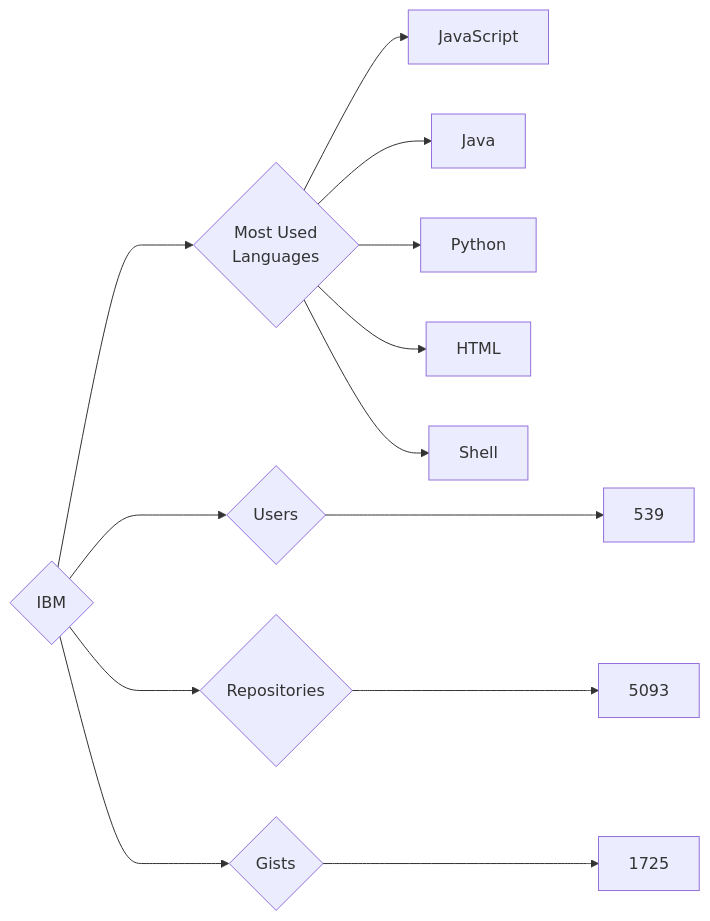
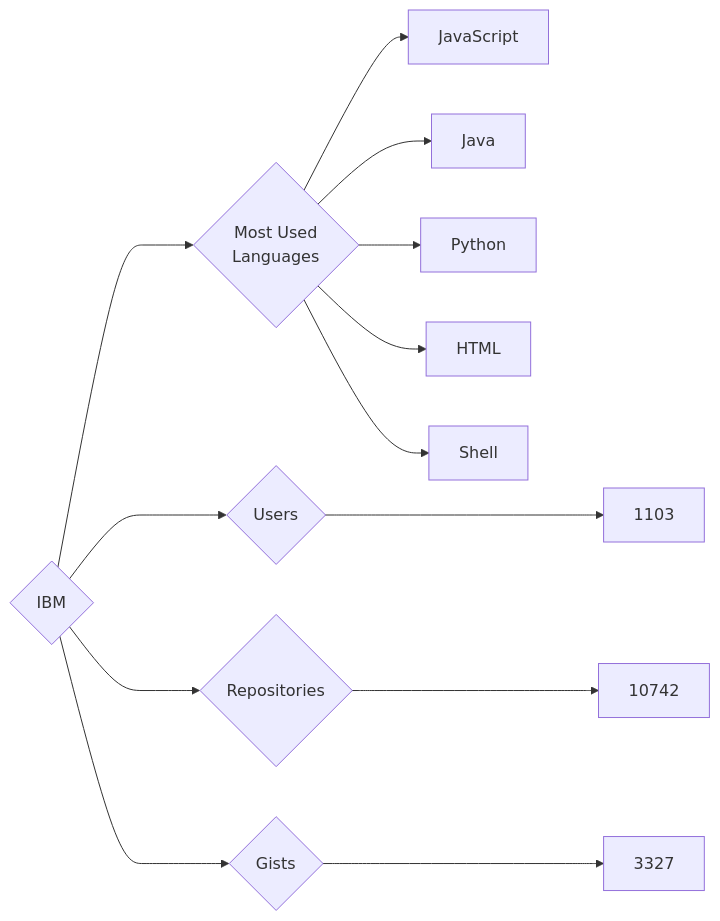
The diagram in targets/IBM/README.md (trickest/insiders), drawn with Mermaid before and after one commit. The commit also changed 610 other files, not shown here.

````diff
--- a/targets/IBM/README.md
+++ b/targets/IBM/README.md
@@ -3,13 +3,13 @@
 ```mermaid
 graph LR
 COMPANY_NAME{IBM}
-COMPANY_NAME ---> U{Users} ---> UN[539]
-COMPANY_NAME ---> R{Repositories} ---> RN[5093]
-COMPANY_NAME ---> G{Gists} ---> GN[1725]
+COMPANY_NAME ---> U{Users} ---> UN[1103]
+COMPANY_NAME ---> R{Repositories} ---> RN[10742]
+COMPANY_NAME ---> G{Gists} ---> GN[3327]
 COMPANY_NAME ---> ML{Most Used<br>Languages}
 ML --> JavaScript[JavaScript]
 ML --> Java[Java]
 ML --> Python[Python]
 ML --> HTML[HTML]
 ML --> Shell[Shell]
 ```
````
